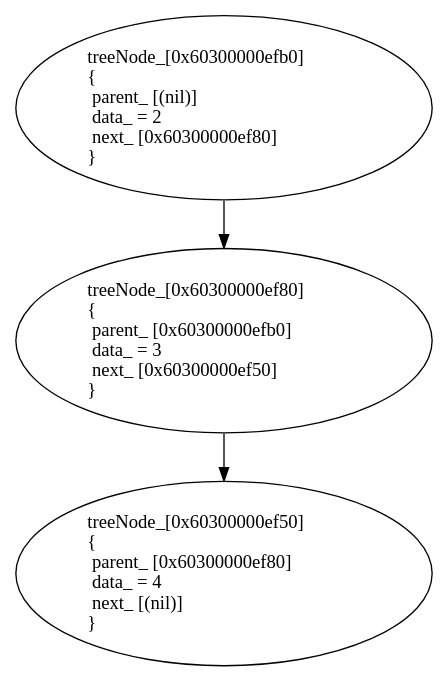
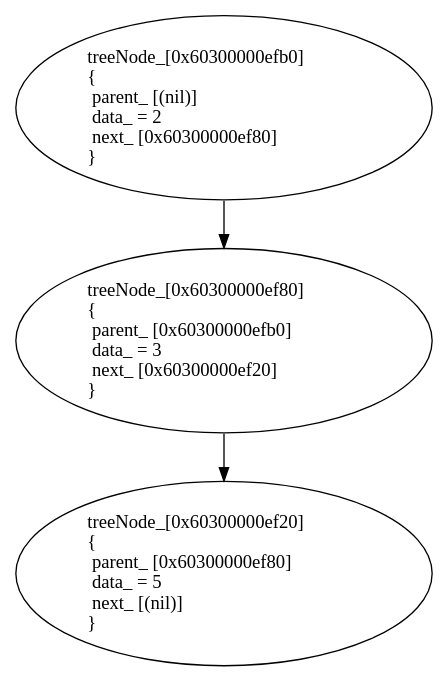
One commit to inedostoev/Ilab-Technotrack changed the diagram in Technotrack/List/dumpFile.gv. Above: the diagram before and after it, drawn with Graphviz. The commit also changed 5 other files, not shown here.

```diff
--- a/Technotrack/List/dumpFile.gv
+++ b/Technotrack/List/dumpFile.gv
@@ -1,7 +1,7 @@
 digraph graf {
 treeNode_0x60300000efb0 [label="treeNode_[0x60300000efb0]\l{\l  parent_ [(nil)]\l  data_ = 2\l  next_ [0x60300000ef80]\l}\l"]
 treeNode_0x60300000efb0->treeNode_0x60300000ef80
-treeNode_0x60300000ef80 [label="treeNode_[0x60300000ef80]\l{\l  parent_ [0x60300000efb0]\l  data_ = 3\l  next_ [0x60300000ef50]\l}\l"]
-treeNode_0x60300000ef80->treeNode_0x60300000ef50
-treeNode_0x60300000ef50 [label="treeNode_[0x60300000ef50]\l{\l  parent_ [0x60300000ef80]\l  data_ = 4\l  next_ [(nil)]\l}\l"]
+treeNode_0x60300000ef80 [label="treeNode_[0x60300000ef80]\l{\l  parent_ [0x60300000efb0]\l  data_ = 3\l  next_ [0x60300000ef20]\l}\l"]
+treeNode_0x60300000ef80->treeNode_0x60300000ef20
+treeNode_0x60300000ef20 [label="treeNode_[0x60300000ef20]\l{\l  parent_ [0x60300000ef80]\l  data_ = 5\l  next_ [(nil)]\l}\l"]
 }
```
